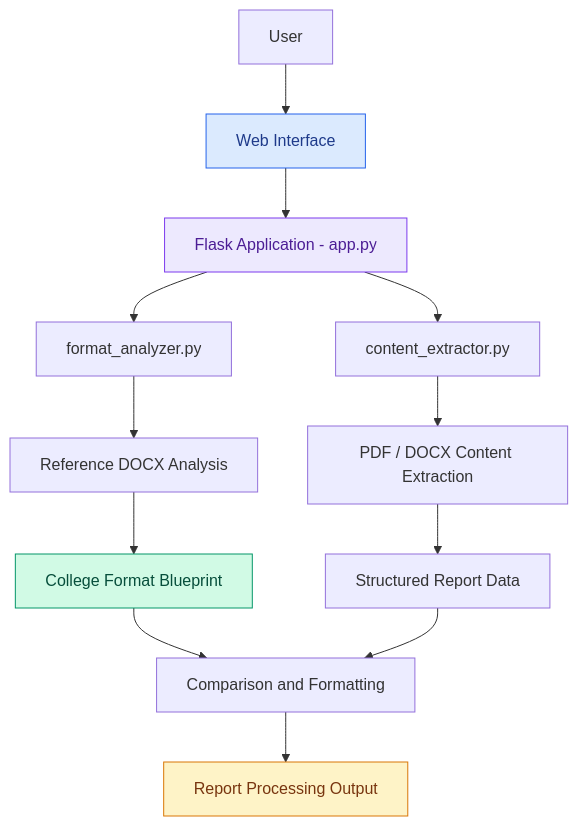
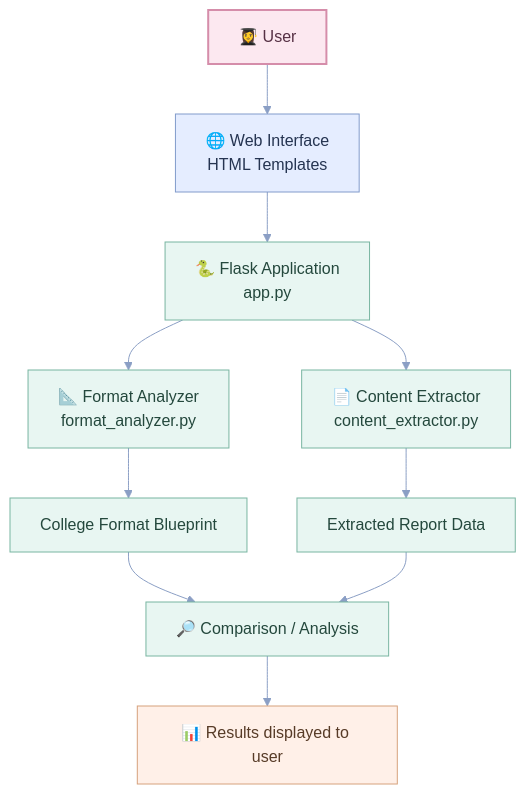
Before and after one commit to AzkaaMulla/UniDraft-AI: the second of 2 diagrams in README.md, drawn with Mermaid. The commit also changed other lines of this file, not shown here.

Commit message:
Update README with workflow and architecture diagrams

````diff
--- a/README.md
+++ b/README.md
@@ -152,24 +82,21 @@
-```mermaid
+``` mermaid
+%%{init: {"theme":"base","themeVariables":{"background":"#F5F8FF","primaryColor":"#E5EDFF","primaryTextColor":"#253451","primaryBorderColor":"#829BCB","lineColor":"#8B9FC5","secondaryColor":"#E8F6F2","tertiaryColor":"#FFF0E8","fontFamily":"Arial"}}}%%
 flowchart TB
-    U[User] --> UI[Web Interface]
-    UI --> APP[Flask Application - app.py]
-
-    APP --> FA[format_analyzer.py]
-    APP --> CE[content_extractor.py]
-
-    FA --> DOCX[Reference DOCX Analysis]
-    CE --> PDF[PDF / DOCX Content Extraction]
-
-    DOCX --> BP[College Format Blueprint]
-    PDF --> DATA[Structured Report Data]
-
-    BP --> COMP[Comparison and Formatting]
-    DATA --> COMP
-
-    COMP --> OUT[Report Processing Output]
-
-    style UI fill:#dbeafe,stroke:#2563eb,color:#1e3a8a
-    style APP fill:#ede9fe,stroke:#7c3aed,color:#4c1d95
-    style BP fill:#d1fae5,stroke:#059669,color:#064e3b
-    style OUT fill:#fef3c7,stroke:#d97706,color:#78350f
+    U["👩‍🎓 User"] --> UI["🌐 Web Interface<br/>HTML Templates"]
+    UI --> APP["🐍 Flask Application<br/>app.py"]
+    APP --> FA["📐 Format Analyzer<br/>format_analyzer.py"]
+    APP --> CE["📄 Content Extractor<br/>content_extractor.py"]
+    FA --> BP["College Format Blueprint"]
+    CE --> DATA["Extracted Report Data"]
+    BP --> CMP["🔎 Comparison / Analysis"]
+    DATA --> CMP
+    CMP --> OUT["📊 Results displayed to user"]
+    classDef user fill:#FCE8F0,stroke:#D58DAA,color:#563044,stroke-width:2px
+    classDef ui fill:#E5EDFF,stroke:#829BCB,color:#253451
+    classDef backend fill:#E8F6F2,stroke:#79B5A1,color:#24483D
+    classDef result fill:#FFF0E8,stroke:#D6A17C,color:#573B27
+    class U user
+    class UI ui
+    class APP,FA,CE,BP,DATA,CMP backend
+    class OUT result
 ```
````
